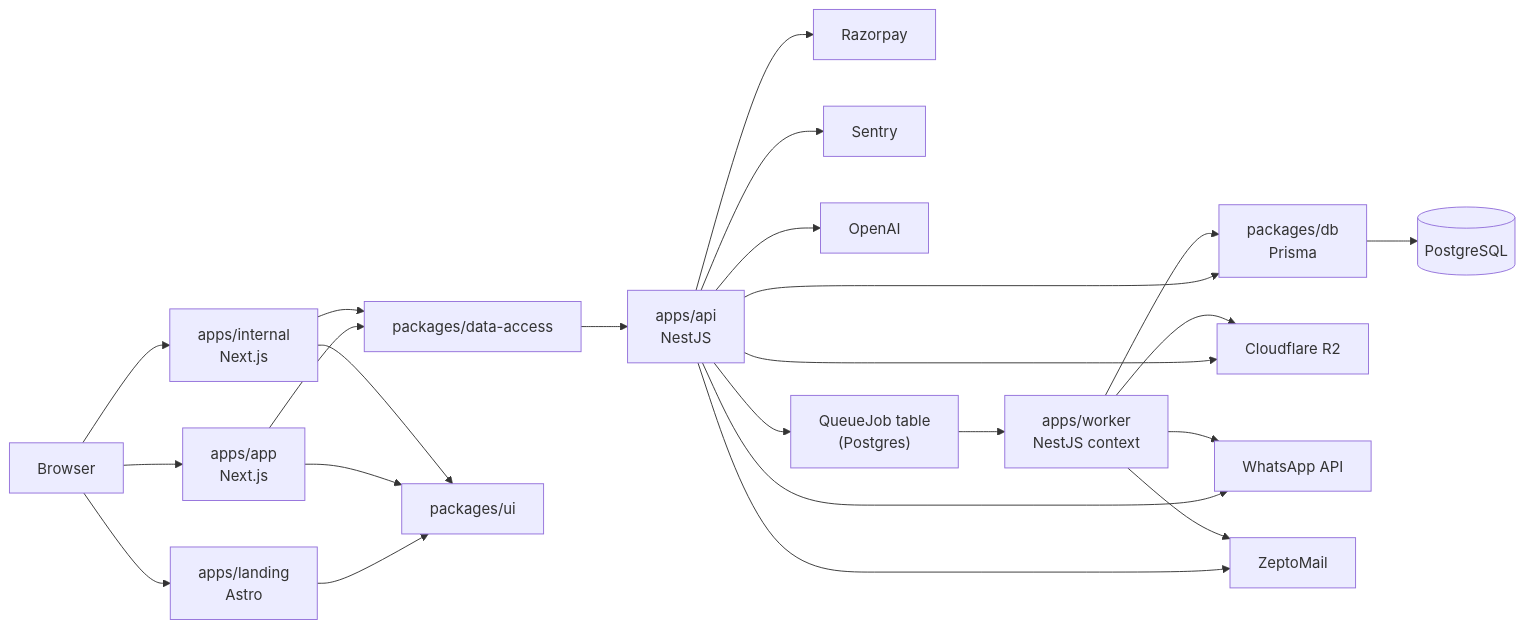
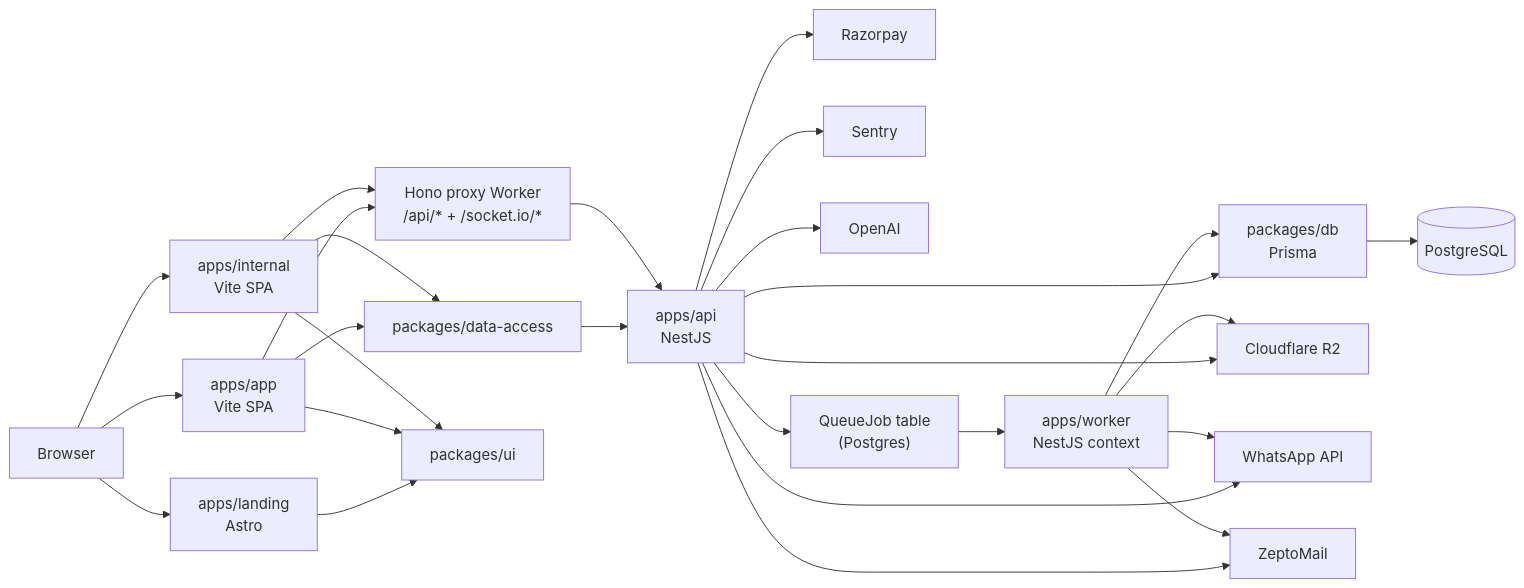
Before and after one commit to CVamsi27/docita: the diagram in docs/architecture/ARCHITECTURE.md, drawn with Mermaid. The commit also changed other lines of this file and 4735 other files, not shown here.

First line of the commit message:
feat: Vite SPA cutover + P5 refactor sweep + ABAC migration (Phase A2/B/C1/C2) + Cloudflare worker bundle fix (#211)

````diff
--- a/docs/architecture/ARCHITECTURE.md
+++ b/docs/architecture/ARCHITECTURE.md
@@ -15,14 +20,16 @@
 ```mermaid
 flowchart LR
-  Browser --> AppNext["apps/app\nNext.js"] & Internal["apps/internal\nNext.js"] & Landing["apps/landing\nAstro"]
-  AppNext & Internal --> DA["packages/data-access"] --> API["apps/api\nNestJS"]
+  Browser --> App["apps/app\nVite SPA"] & Internal["apps/internal\nVite SPA"] & Landing["apps/landing\nAstro"]
+  App & Internal --> DA["packages/data-access"] --> API["apps/api\nNestJS"]
+  App & Internal --> Proxy["Hono proxy Worker\n/api/* + /socket.io/*"]
+  Proxy --> API
   Landing --> UI["packages/ui"]
-  AppNext & Internal --> UI
+  App & Internal --> UI
 
   API --> DB["packages/db\nPrisma"] --> PG[("PostgreSQL")]
   API --> R2["Cloudflare R2"]
   API --> Razorpay & WhatsApp["WhatsApp API"] & ZeptoMail & Sentry & OpenAI
   API --> JobQueue["QueueJob table\n(Postgres)"]
   JobQueue --> Worker["apps/worker\nNestJS context"]
   Worker --> DB & R2 & WhatsApp & ZeptoMail
 ```
````
